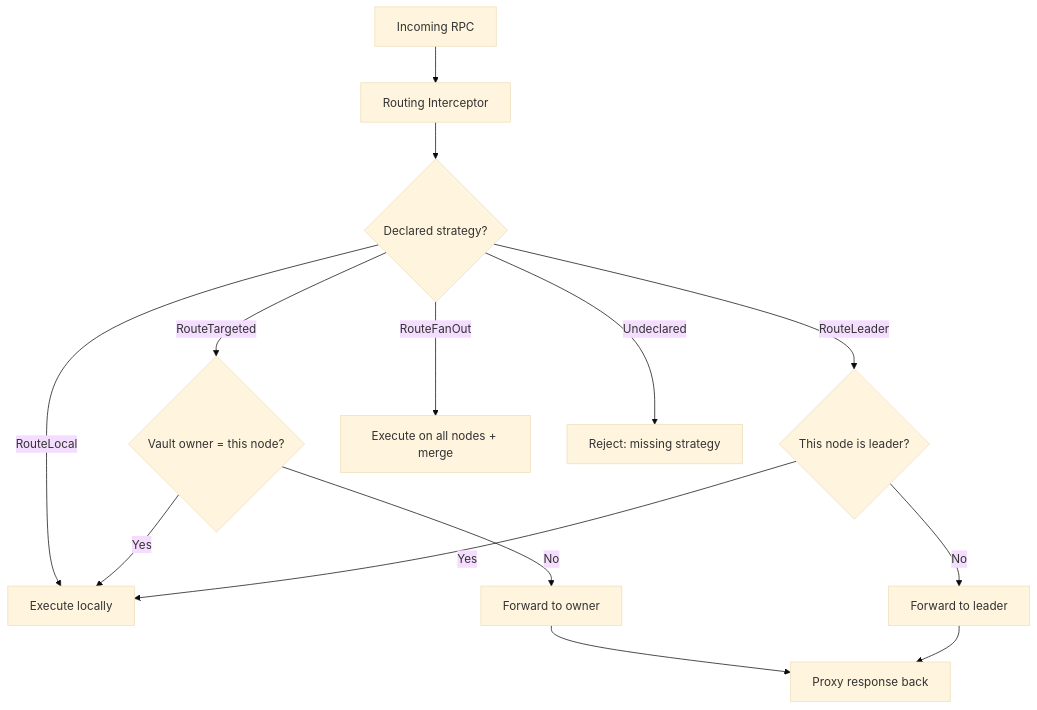
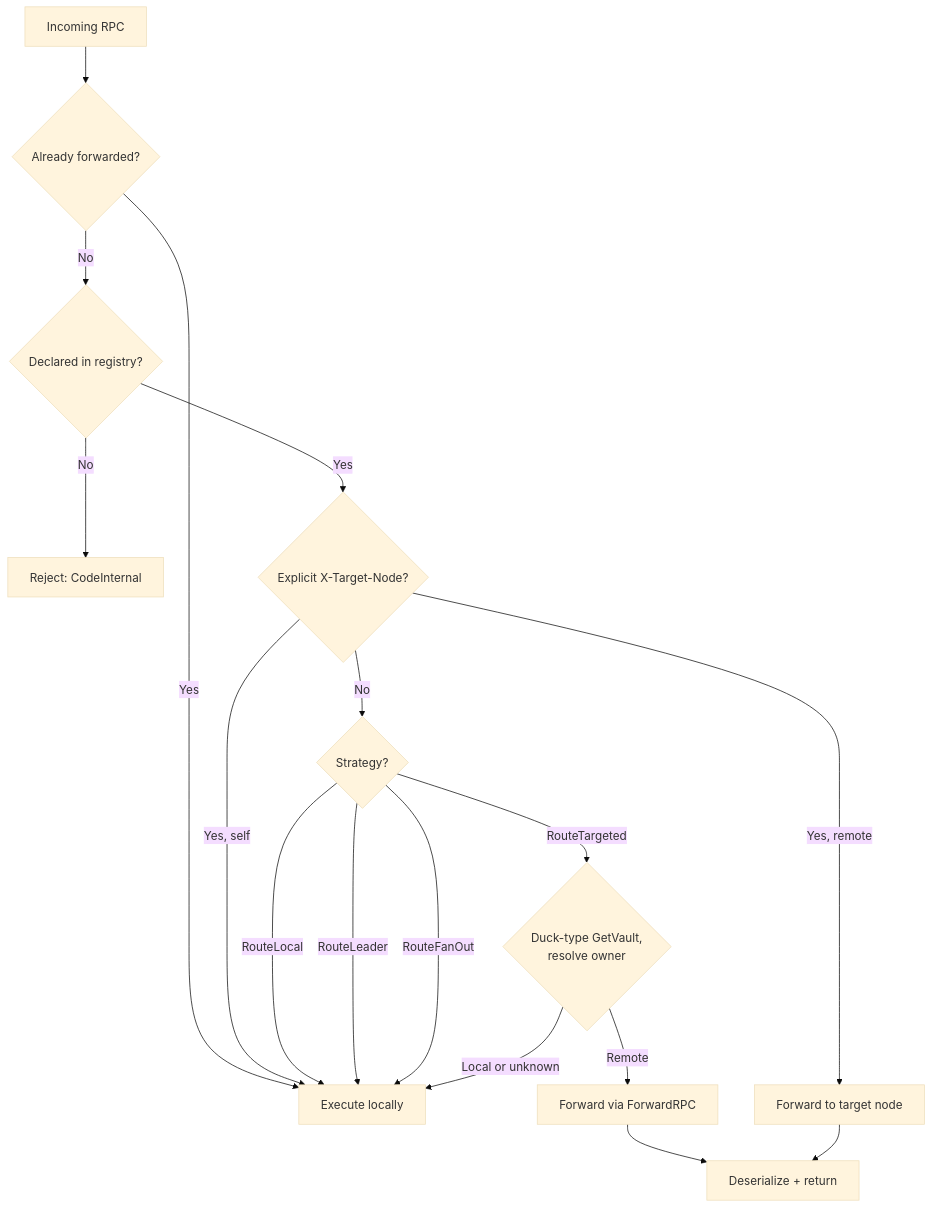
The first of 3 diagrams in docs/cluster_routing.md (kluzzebass/gastrolog), drawn with Mermaid (base theme) before and after one commit. The commit also changed other lines of this file and 13 other files, not shown here.

First line of the commit message:
feat: wire routing layer into server, remove handler-level vault forwarding

````diff
--- a/docs/cluster_routing.md
+++ b/docs/cluster_routing.md
@@ -11,20 +14,23 @@
 ```mermaid
 flowchart TD
-    Request["Incoming RPC"] --> Interceptor["Routing Interceptor"]
+    Request["Incoming RPC"] --> Forwarded{"Already forwarded?"}
+    Forwarded -->|Yes| Local["Execute locally"]
+    Forwarded -->|No| Declared{"Declared in registry?"}
 
-    Interceptor --> CheckStrategy{"Declared strategy?"}
+    Declared -->|No| Reject["Reject: CodeInternal"]
+    Declared -->|Yes| Target{"Explicit X-Target-Node?"}
 
-    CheckStrategy -->|RouteLocal| Local["Execute locally"]
-    CheckStrategy -->|RouteTargeted| FindOwner{"Vault owner = this node?"}
-    CheckStrategy -->|RouteLeader| IsLeader{"This node is leader?"}
-    CheckStrategy -->|RouteFanOut| FanOut["Execute on all nodes + merge"]
-    CheckStrategy -->|Undeclared| Reject["Reject: missing strategy"]
+    Target -->|Yes, remote| ForwardExplicit["Forward to target node"]
+    Target -->|Yes, self| Local
+    Target -->|No| CheckStrategy{"Strategy?"}
 
-    FindOwner -->|Yes| Local
-    FindOwner -->|No| Forward["Forward to owner"]
-    Forward --> ProxyBack["Proxy response back"]
+    CheckStrategy -->|RouteLocal| Local
+    CheckStrategy -->|RouteLeader| Local
+    CheckStrategy -->|RouteFanOut| Local
+    CheckStrategy -->|RouteTargeted| FindOwner{"Duck-type GetVault,<br/>resolve owner"}
 
-    IsLeader -->|Yes| Local
-    IsLeader -->|No| ForwardLeader["Forward to leader"]
-    ForwardLeader --> ProxyBack
+    FindOwner -->|Local or unknown| Local
+    FindOwner -->|Remote| Forward["Forward via ForwardRPC"]
+    Forward --> ProxyBack["Deserialize + return"]
+    ForwardExplicit --> ProxyBack
 ```
````
